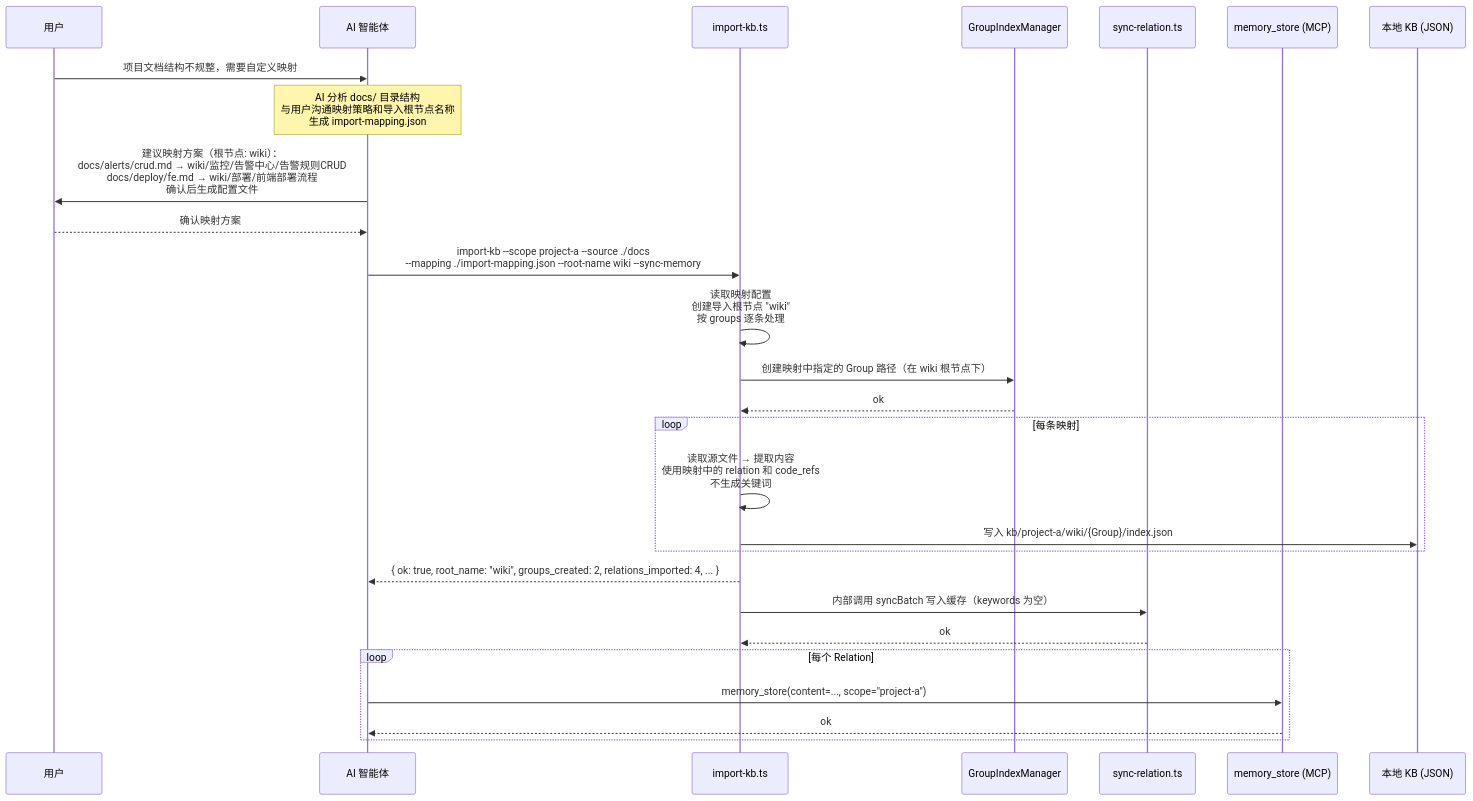
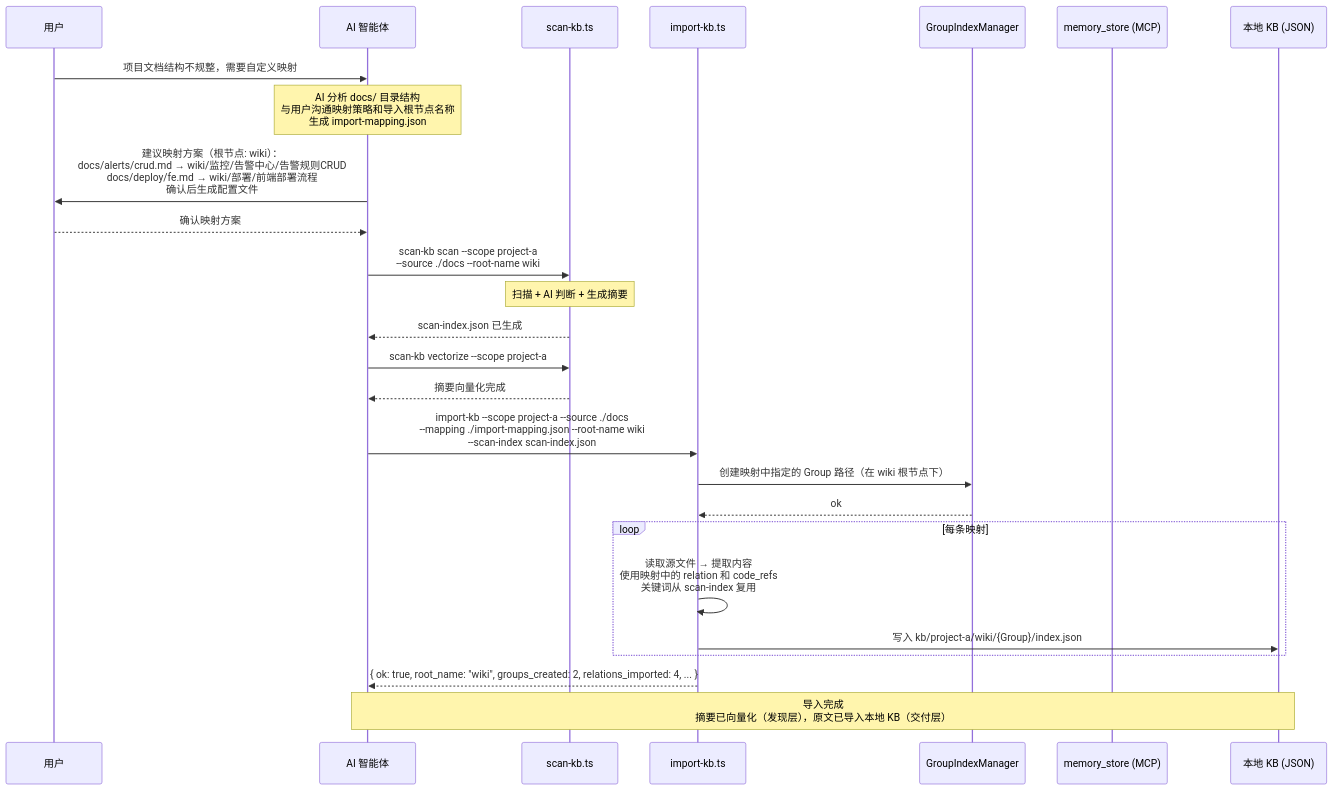
One commit to HACK-WU/memory-lancedb-mcp changed the eighth of 9 diagrams in docs/knowledge-index-skill_DESIGN.md. Above: the diagram before and after it, drawn with Mermaid. The commit also changed other lines of this file and 1 other file, not shown here.

````diff
--- a/docs/knowledge-index-skill_DESIGN.md
+++ b/docs/knowledge-index-skill_DESIGN.md
@@ -893,38 +1065,38 @@
 ```mermaid
 sequenceDiagram
     participant USER as 用户
     participant AI as AI 智能体
+    participant SCAN as scan-kb.ts
     participant IMP as import-kb.ts
     participant GIM as GroupIndexManager
-    participant SR as sync-relation.ts
     participant MCP as memory_store (MCP)
     participant KB as 本地 KB (JSON)
 
     USER->>AI: 项目文档结构不规整，需要自定义映射
 
     Note over AI: AI 分析 docs/ 目录结构<br/>与用户沟通映射策略和导入根节点名称<br/>生成 import-mapping.json
 
     AI->>USER: 建议映射方案（根节点: wiki）：<br/>docs/alerts/crud.md → wiki/监控/告警中心/告警规则CRUD<br/>docs/deploy/fe.md → wiki/部署/前端部署流程<br/>确认后生成配置文件
 
     USER-->>AI: 确认映射方案
 
-    AI->>IMP: import-kb --scope project-a --source ./docs<br/>--mapping ./import-mapping.json --root-name wiki --sync-memory
-    IMP->>IMP: 读取映射配置<br/>创建导入根节点 "wiki"<br/>按 groups 逐条处理
+    AI->>SCAN: scan-kb scan --scope project-a<br/>--source ./docs --root-name wiki
+    Note over SCAN: 扫描 + AI 判断 + 生成摘要
+    SCAN-->>AI: scan-index.json 已生成
+
+    AI->>SCAN: scan-kb vectorize --scope project-a
+    SCAN-->>AI: 摘要向量化完成
+
+    AI->>IMP: import-kb --scope project-a --source ./docs<br/>--mapping ./import-mapping.json --root-name wiki<br/>--scan-index scan-index.json
     IMP->>GIM: 创建映射中指定的 Group 路径（在 wiki 根节点下）
     GIM-->>IMP: ok
 
     loop 每条映射
-        IMP->>IMP: 读取源文件 → 提取内容<br/>使用映射中的 relation 和 code_refs<br/>不生成关键词
+        IMP->>IMP: 读取源文件 → 提取内容<br/>使用映射中的 relation 和 code_refs<br/>关键词从 scan-index 复用
         IMP->>KB: 写入 kb/project-a/wiki/{Group}/index.json
     end
 
     IMP-->>AI: { ok: true, root_name: "wiki", groups_created: 2, relations_imported: 4, ... }
 
-    IMP->>SR: 内部调用 syncBatch 写入缓存（keywords 为空）
-    SR-->>IMP: ok
-
-    loop 每个 Relation
-        AI->>MCP: memory_store(content=..., scope="project-a")
-        MCP-->>AI: ok
-    end
+    Note over AI,KB: 导入完成<br/>摘要已向量化（发现层），原文已导入本地 KB（交付层）
 ```
````
